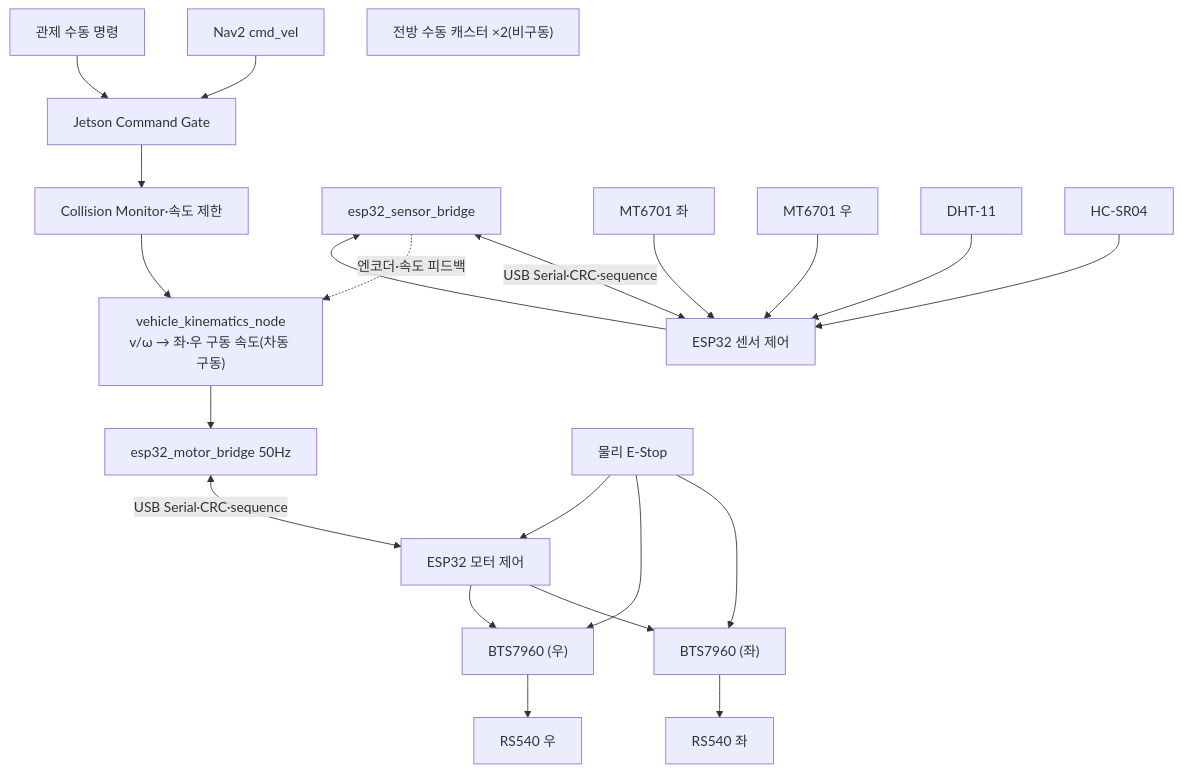
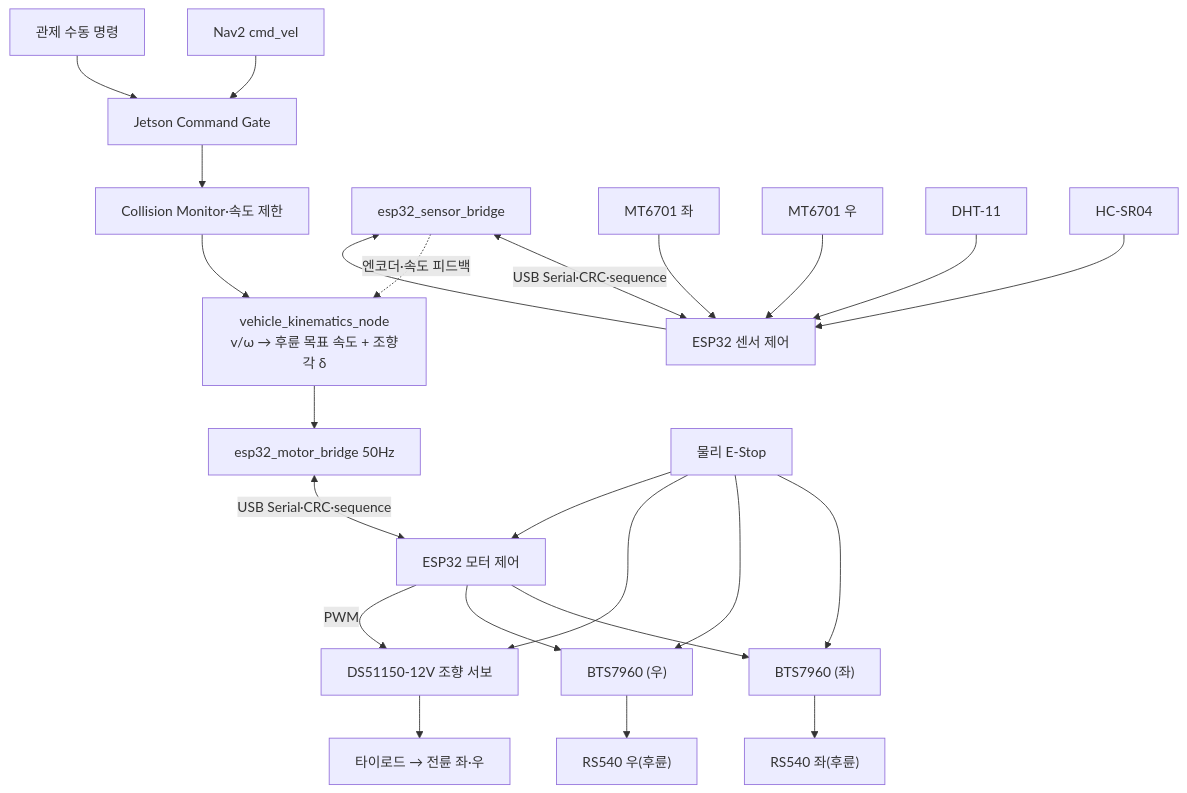
The diagram in docs/03-제어-캘리브레이션.md (Common-AIOT/Sentinel-UGV), drawn with Mermaid before and after one commit. The commit also changed other lines of this file and 7 other files, not shown here.

````diff
--- a/docs/03-제어-캘리브레이션.md
+++ b/docs/03-제어-캘리브레이션.md
@@ -9,24 +9,26 @@
 ```mermaid
 flowchart TD
     nav["Nav2 cmd_vel"] --> mux["Jetson Command Gate"]
     manual["관제 수동 명령"] --> mux
     mux --> collision["Collision Monitor·속도 제한"]
-    collision --> kin["vehicle_kinematics_node\nv/ω → 좌·우 구동 속도(차동 구동)"]
+    collision --> kin["vehicle_kinematics_node\nv/ω → 후륜 목표 속도 + 조향각 δ"]
     kin --> bridgeM["esp32_motor_bridge 50Hz"]
     bridgeM <-->|"USB Serial·CRC·sequence"| espM["ESP32 모터 제어"]
     espM --> driverL["BTS7960 (좌)"]
     espM --> driverR["BTS7960 (우)"]
-    driverL --> motorL["RS540 좌"]
-    driverR --> motorR["RS540 우"]
-    caster["전방 수동 캐스터 ×2(비구동)"]
+    espM -->|"PWM"| servo["DS51150-12V 조향 서보"]
+    driverL --> motorL["RS540 좌(후륜)"]
+    driverR --> motorR["RS540 우(후륜)"]
+    servo --> tierod["타이로드 → 전륜 좌·우"]
     bridgeS["esp32_sensor_bridge"] <-->|"USB Serial·CRC·sequence"| espS["ESP32 센서 제어"]
     encL["MT6701 좌"] --> espS
     encR["MT6701 우"] --> espS
     dht["DHT-11"] --> espS
     sonar["HC-SR04"] --> espS
     espS --> bridgeS
     bridgeS -.엔코더·속도 피드백.-> kin
     estop["물리 E-Stop"] --> driverL
     estop --> driverR
+    estop --> servo
     estop --> espM
 ```
````
